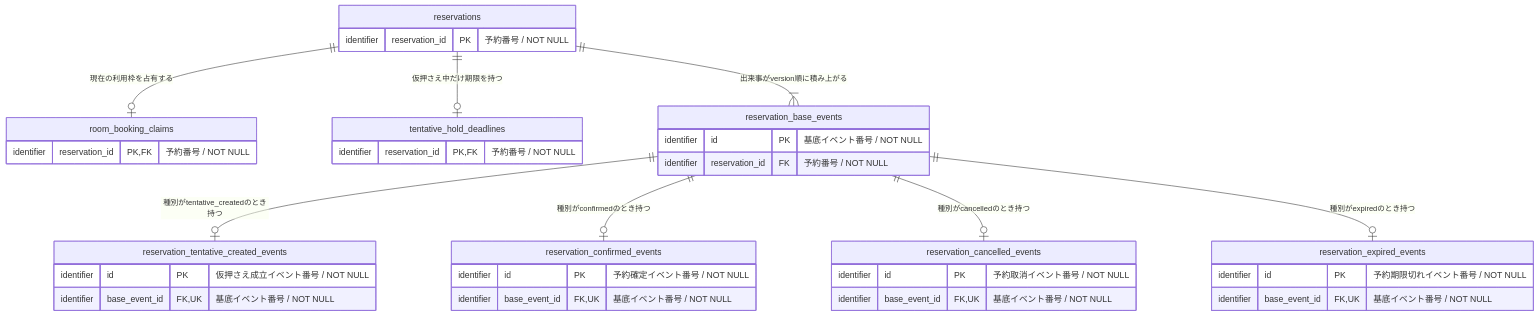
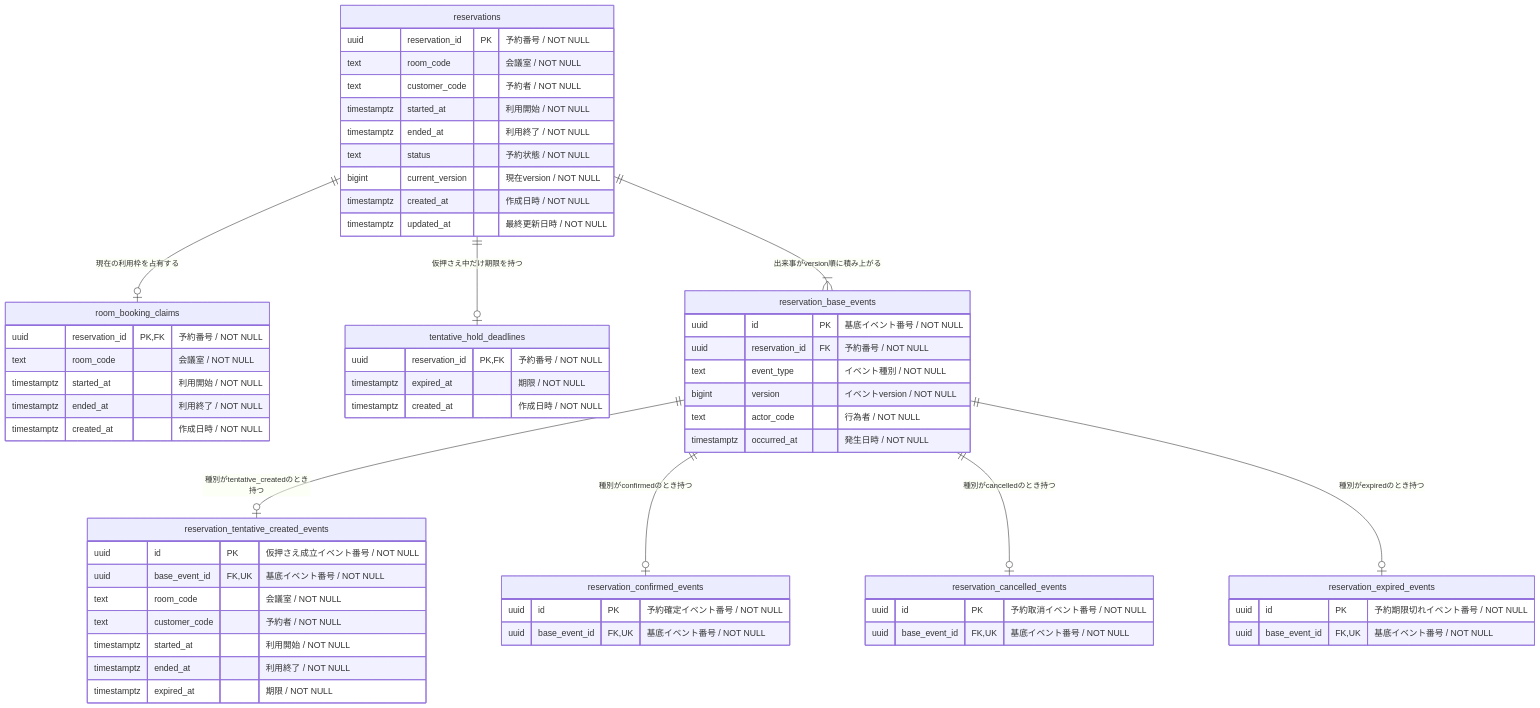
The diagram in plugins/write-doc/skills/write-doc/assets/examples/rdb-logical-data-modeling.example.md (nakamori-naoya/write-doc-plugins), drawn with Mermaid before and after one commit. The commit also changed other lines of this file and 7 other files, not shown here.

Commit message:
RDB論理ER図に全列とPostgreSQL型を記載

````diff
--- a/plugins/write-doc/skills/write-doc/assets/examples/rdb-logical-data-modeling.example.md
+++ b/plugins/write-doc/skills/write-doc/assets/examples/rdb-logical-data-modeling.example.md
@@ -52,40 +52,63 @@
 ```mermaid
 erDiagram
     reservations {
-        identifier reservation_id PK "予約番号 / NOT NULL"
+        uuid reservation_id PK "予約番号 / NOT NULL"
+        text room_code "会議室 / NOT NULL"
+        text customer_code "予約者 / NOT NULL"
+        timestamptz started_at "利用開始 / NOT NULL"
+        timestamptz ended_at "利用終了 / NOT NULL"
+        text status "予約状態 / NOT NULL"
+        bigint current_version "現在version / NOT NULL"
+        timestamptz created_at "作成日時 / NOT NULL"
+        timestamptz updated_at "最終更新日時 / NOT NULL"
     }
     room_booking_claims {
-        identifier reservation_id PK, FK "予約番号 / NOT NULL"
+        uuid reservation_id PK, FK "予約番号 / NOT NULL"
+        text room_code "会議室 / NOT NULL"
+        timestamptz started_at "利用開始 / NOT NULL"
+        timestamptz ended_at "利用終了 / NOT NULL"
+        timestamptz created_at "作成日時 / NOT NULL"
     }
     tentative_hold_deadlines {
-        identifier reservation_id PK, FK "予約番号 / NOT NULL"
+        uuid reservation_id PK, FK "予約番号 / NOT NULL"
+        timestamptz expired_at "期限 / NOT NULL"
+        timestamptz created_at "作成日時 / NOT NULL"
     }
     reservation_base_events {
-        identifier id PK "基底イベント番号 / NOT NULL"
-        identifier reservation_id FK "予約番号 / NOT NULL"
+        uuid id PK "基底イベント番号 / NOT NULL"
+        uuid reservation_id FK "予約番号 / NOT NULL"
+        text event_type "イベント種別 / NOT NULL"
+        bigint version "イベントversion / NOT NULL"
+        text actor_code "行為者 / NOT NULL"
+        timestamptz occurred_at "発生日時 / NOT NULL"
     }
     reservation_tentative_created_events {
-        identifier id PK "仮押さえ成立イベント番号 / NOT NULL"
-        identifier base_event_id FK, UK "基底イベント番号 / NOT NULL"
+        uuid id PK "仮押さえ成立イベント番号 / NOT NULL"
+        uuid base_event_id FK, UK "基底イベント番号 / NOT NULL"
+        text room_code "会議室 / NOT NULL"
+        text customer_code "予約者 / NOT NULL"
+        timestamptz started_at "利用開始 / NOT NULL"
+        timestamptz ended_at "利用終了 / NOT NULL"
+        timestamptz expired_at "期限 / NOT NULL"
     }
     reservation_confirmed_events {
-        identifier id PK "予約確定イベント番号 / NOT NULL"
-        identifier base_event_id FK, UK "基底イベント番号 / NOT NULL"
+        uuid id PK "予約確定イベント番号 / NOT NULL"
+        uuid base_event_id FK, UK "基底イベント番号 / NOT NULL"
     }
     reservation_cancelled_events {
-        identifier id PK "予約取消イベント番号 / NOT NULL"
-        identifier base_event_id FK, UK "基底イベント番号 / NOT NULL"
+        uuid id PK "予約取消イベント番号 / NOT NULL"
+        uuid base_event_id FK, UK "基底イベント番号 / NOT NULL"
     }
     reservation_expired_events {
-        identifier id PK "予約期限切れイベント番号 / NOT NULL"
-        identifier base_event_id FK, UK "基底イベント番号 / NOT NULL"
+        uuid id PK "予約期限切れイベント番号 / NOT NULL"
+        uuid base_event_id FK, UK "基底イベント番号 / NOT NULL"
     }
 
     reservations ||--o| room_booking_claims : "現在の利用枠を占有する"
     reservations ||--o| tentative_hold_deadlines : "仮押さえ中だけ期限を持つ"
     reservations ||--|{ reservation_base_events : "出来事がversion順に積み上がる"
     reservation_base_events ||--o| reservation_tentative_created_events : "種別がtentative_createdのとき持つ"
     reservation_base_events ||--o| reservation_confirmed_events : "種別がconfirmedのとき持つ"
     reservation_base_events ||--o| reservation_cancelled_events : "種別がcancelledのとき持つ"
     reservation_base_events ||--o| reservation_expired_events : "種別がexpiredのとき持つ"
 ```
````
